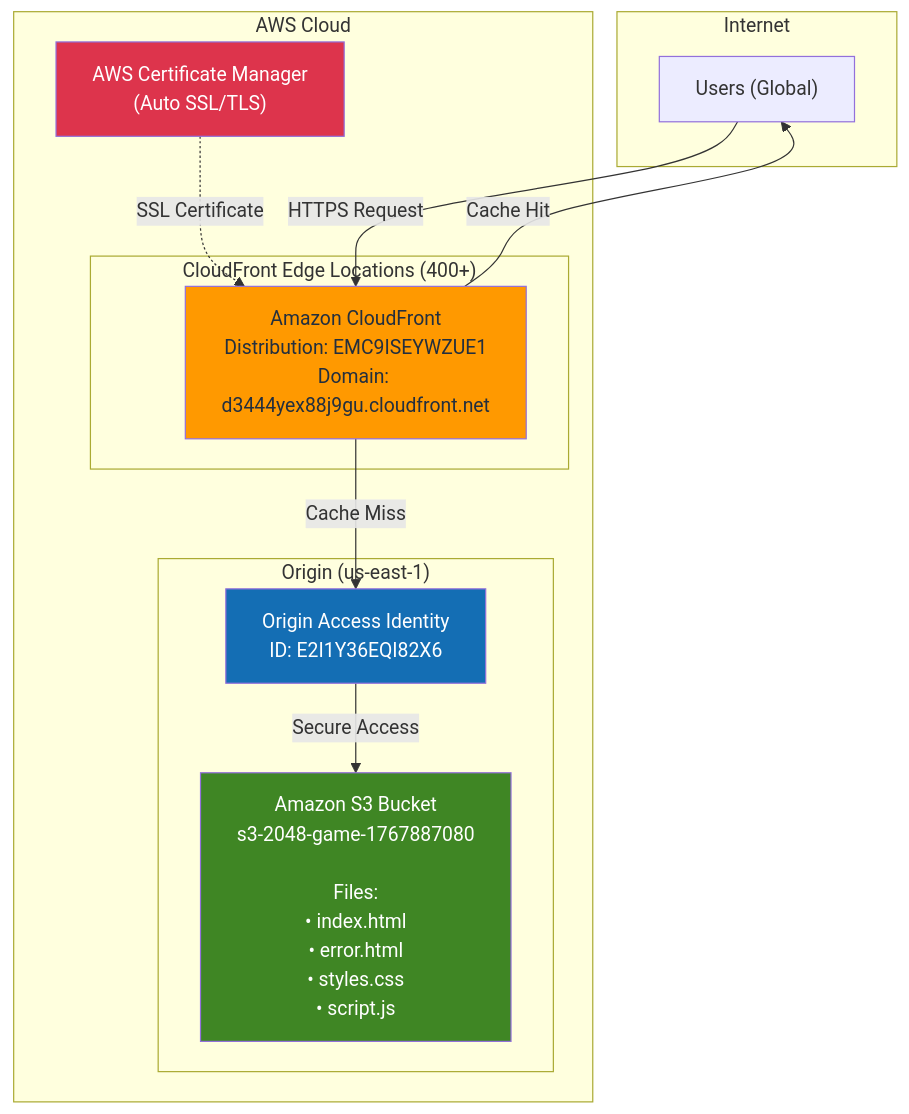
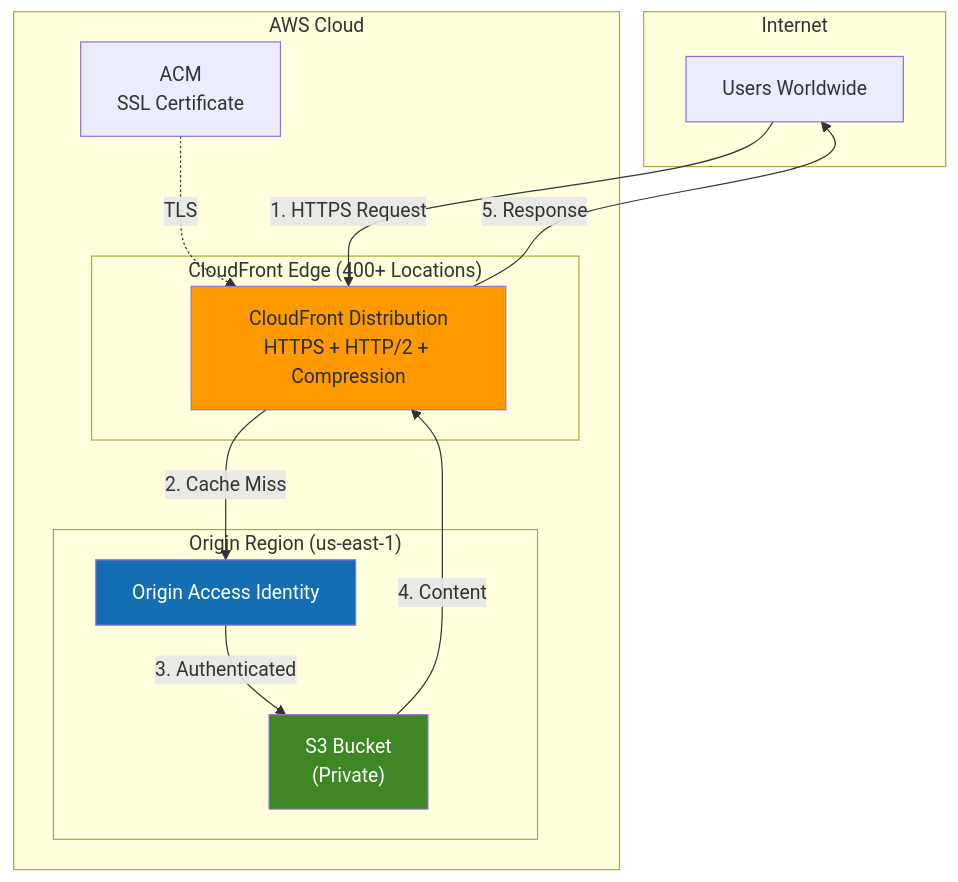
One commit to schinchli/How-to-Become-an-AWS-Solutions-Architect changed the diagram in Documents/Hands on Labs/Create a static website and host it with S3/README.md. Above: the diagram before and after it, drawn with Mermaid. The commit also changed other lines of this file, not shown here.

````diff
--- a/Documents/Hands on Labs/Create a static website and host it with S3/README.md
+++ b/Documents/Hands on Labs/Create a static website and host it with S3/README.md
@@ -11,30 +28,30 @@
 ```mermaid
 flowchart TB
-    subgraph Internet["Internet"]
-        Users["Users (Global)"]
+    subgraph Internet
+        U["Users Worldwide"]
     end
 
     subgraph AWS["AWS Cloud"]
-        subgraph Edge["CloudFront Edge Locations (400+)"]
-            CF["Amazon CloudFront<br/>Distribution: EMC9ISEYWZUE1<br/>Domain: d3444yex88j9gu.cloudfront.net"]
+        subgraph Edge["CloudFront Edge (400+ Locations)"]
+            CF["CloudFront Distribution<br/>HTTPS + HTTP/2 + Compression"]
         end
 
-        subgraph Origin["Origin (us-east-1)"]
-            OAI["Origin Access Identity<br/>ID: E2I1Y36EQI82X6"]
-            S3["Amazon S3 Bucket<br/>s3-2048-game-1767887080<br/><br/>Files:<br/>• index.html<br/>• error.html<br/>• styles.css<br/>• script.js"]
+        subgraph Origin["Origin Region (us-east-1)"]
+            OAI["Origin Access Identity"]
+            S3["S3 Bucket<br/>(Private)"]
         end
 
-        ACM["AWS Certificate Manager<br/>(Auto SSL/TLS)"]
+        ACM["ACM<br/>SSL Certificate"]
     end
 
-    Users -->|"HTTPS Request"| CF
-    CF -->|"Cache Hit"| Users
-    CF -->|"Cache Miss"| OAI
-    OAI -->|"Secure Access"| S3
-    ACM -.->|"SSL Certificate"| CF
+    U -->|"1. HTTPS Request"| CF
+    CF -->|"2. Cache Miss"| OAI
+    OAI -->|"3. Authenticated"| S3
+    S3 -->|"4. Content"| CF
+    CF -->|"5. Response"| U
+    ACM -.->|"TLS"| CF
 
     style CF fill:#FF9900,color:#232F3E
     style S3 fill:#3F8624,color:white
     style OAI fill:#146EB4,color:white
-    style ACM fill:#DD344C,color:white
 ```
````
